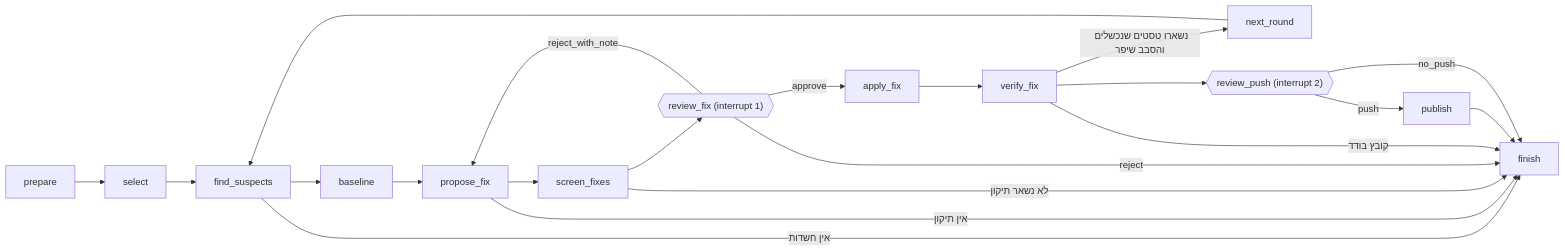
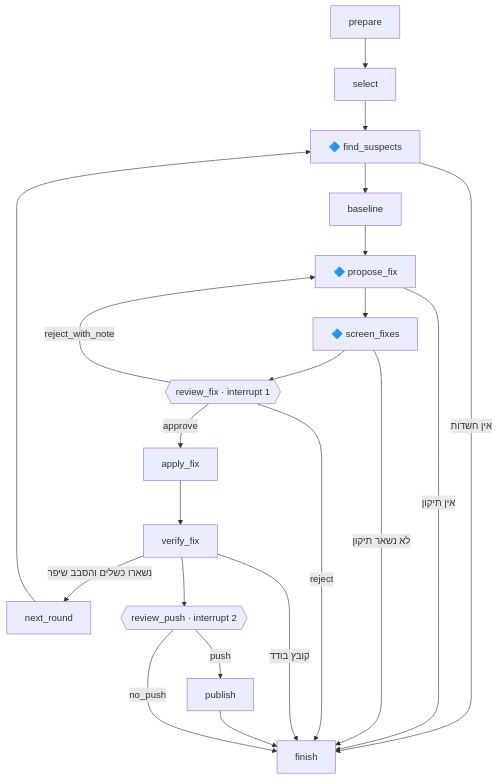
The diagram in README.md (ChayaKoller/code-review-agent), drawn with Mermaid before and after one commit. The commit also changed other lines of this file and 36 other files, not shown here.

````diff
--- a/README.md
+++ b/README.md
@@ -31,18 +23,18 @@
 ```mermaid
-flowchart LR
-    prepare --> select --> find_suspects
-    find_suspects -- אין חשדות --> finish
-    find_suspects --> baseline --> propose_fix
-    propose_fix -- אין תיקון --> finish
-    propose_fix --> screen_fixes
-    screen_fixes -- לא נשאר תיקון --> finish
-    screen_fixes --> review_fix{{"review_fix (interrupt 1)"}}
-    review_fix -- reject_with_note --> propose_fix
+flowchart TD
+    prepare --> select --> find["🔷 find_suspects"]
+    find -- אין חשדות --> finish
+    find --> baseline --> propose["🔷 propose_fix"]
+    propose -- אין תיקון --> finish
+    propose --> screen["🔷 screen_fixes"]
+    screen -- לא נשאר תיקון --> finish
+    screen --> review_fix{{"review_fix · interrupt 1"}}
+    review_fix -- reject_with_note --> propose
     review_fix -- reject --> finish
     review_fix -- approve --> apply_fix --> verify_fix
-    verify_fix -- "נשארו טסטים שנכשלים והסבב שיפר" --> next_round --> find_suspects
+    verify_fix -- "נשארו כשלים והסבב שיפר" --> next_round --> find
     verify_fix -- קובץ בודד --> finish
-    verify_fix --> review_push{{"review_push (interrupt 2)"}}
+    verify_fix --> review_push{{"review_push · interrupt 2"}}
     review_push -- push --> publish --> finish
     review_push -- no_push --> finish
 ```
````
